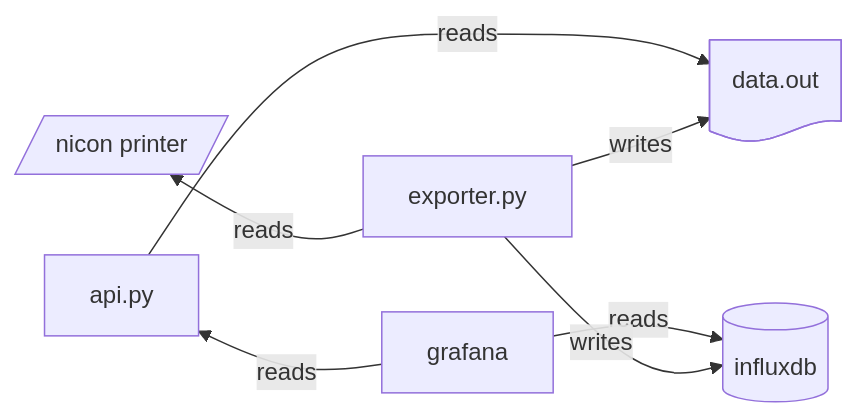
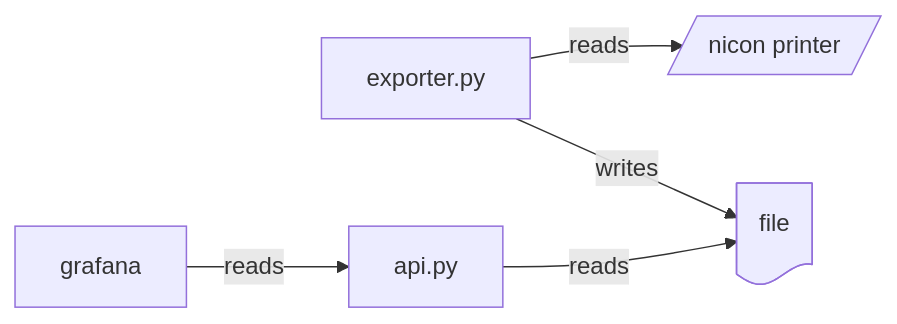
The second of 3 diagrams in readme.md (carnivuth/opc-ua-birex), drawn with Mermaid before and after one commit. The commit also changed other lines of this file, not shown here.

````diff
--- a/readme.md
+++ b/readme.md
@@ -13,16 +32,13 @@
 ```mermaid
 flowchart LR
 A@{ shape: in-out, label: nicon printer}
 B@{ shape: proc, label: exporter.py}
-C@{ shape: doc ,label: data.out}
-D@{ shape: database, label: influxdb}
-E@{ shape: proc, label: api.py}
-F@{ shape: proc, label: grafana}
+C@{ shape: doc, label: file}
+D@{ shape: proc, label: api.py}
+E@{ shape: proc, label: grafana}
 
-A ~~~ B
-E ~~~ F
-F --reads--> E & D
-E --reads--> C
 B --reads--> A
-B --writes--> C & D
+B --writes--> C
+D --reads--> C
+E --reads--> D
 ```
````
